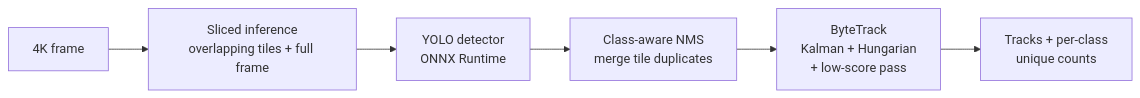
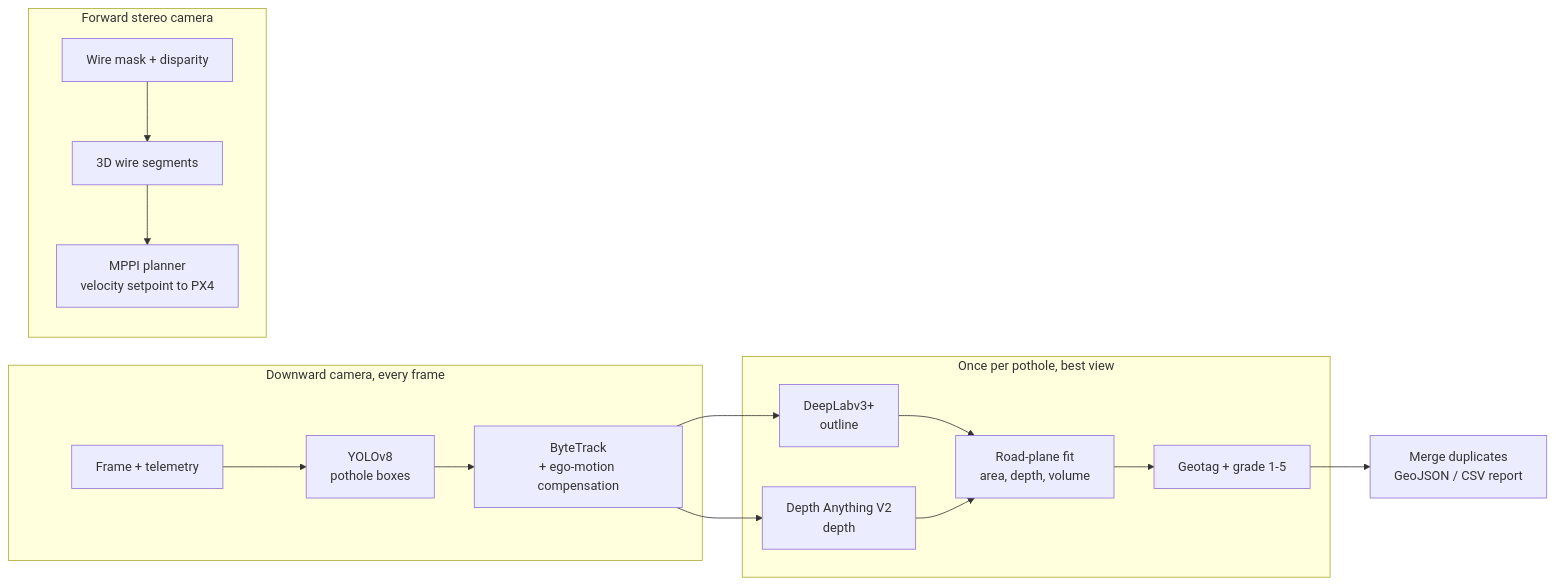
Before and after one commit to Rocky9000/skytrack: the diagram in README.md, drawn with Mermaid. The commit also changed other lines of this file and 1 other file, not shown here.

Commit message:
Rewrite README for the pothole inspection system

````diff
--- a/README.md
+++ b/README.md
@@ -17,8 +11,18 @@
 ```mermaid
 flowchart LR
-    V[4K frame] --> S[Sliced inference<br/>overlapping tiles + full frame]
-    S --> D[YOLO detector<br/>ONNX Runtime]
-    D --> N[Class-aware NMS<br/>merge tile duplicates]
-    N --> T[ByteTrack<br/>Kalman + Hungarian<br/>+ low-score pass]
-    T --> O[Tracks + per-class<br/>unique counts]
+    subgraph down[Downward camera, every frame]
+        F[Frame + telemetry] --> D[YOLOv8<br/>pothole boxes]
+        D --> T[ByteTrack<br/>+ ego-motion compensation]
+    end
+    subgraph once[Once per pothole, best view]
+        T --> S[DeepLabv3+<br/>outline]
+        T --> Z[Depth Anything V2<br/>depth]
+        S --> M[Road-plane fit<br/>area, depth, volume]
+        Z --> M
+        M --> G[Geotag + grade 1-5]
+    end
+    G --> R[Merge duplicates<br/>GeoJSON / CSV report]
+    subgraph fwd[Forward stereo camera]
+        W[Wire mask + disparity] --> L[3D wire segments] --> P[MPPI planner<br/>velocity setpoint to PX4]
+    end
 ```
````
